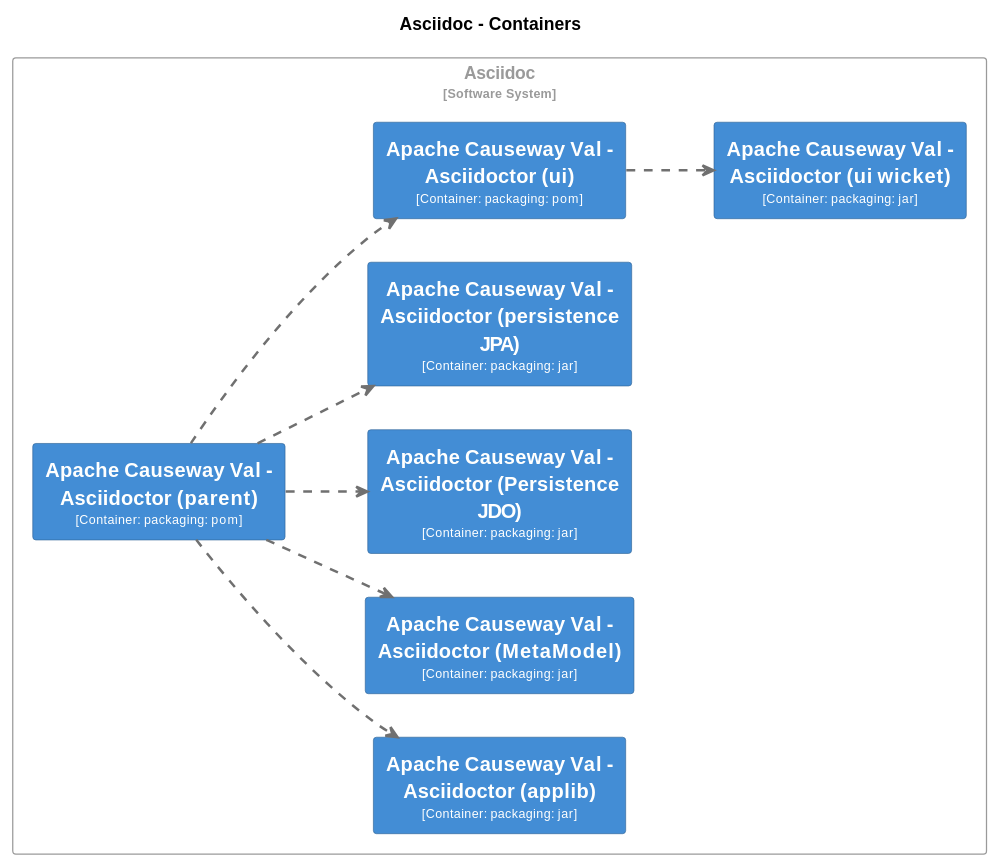
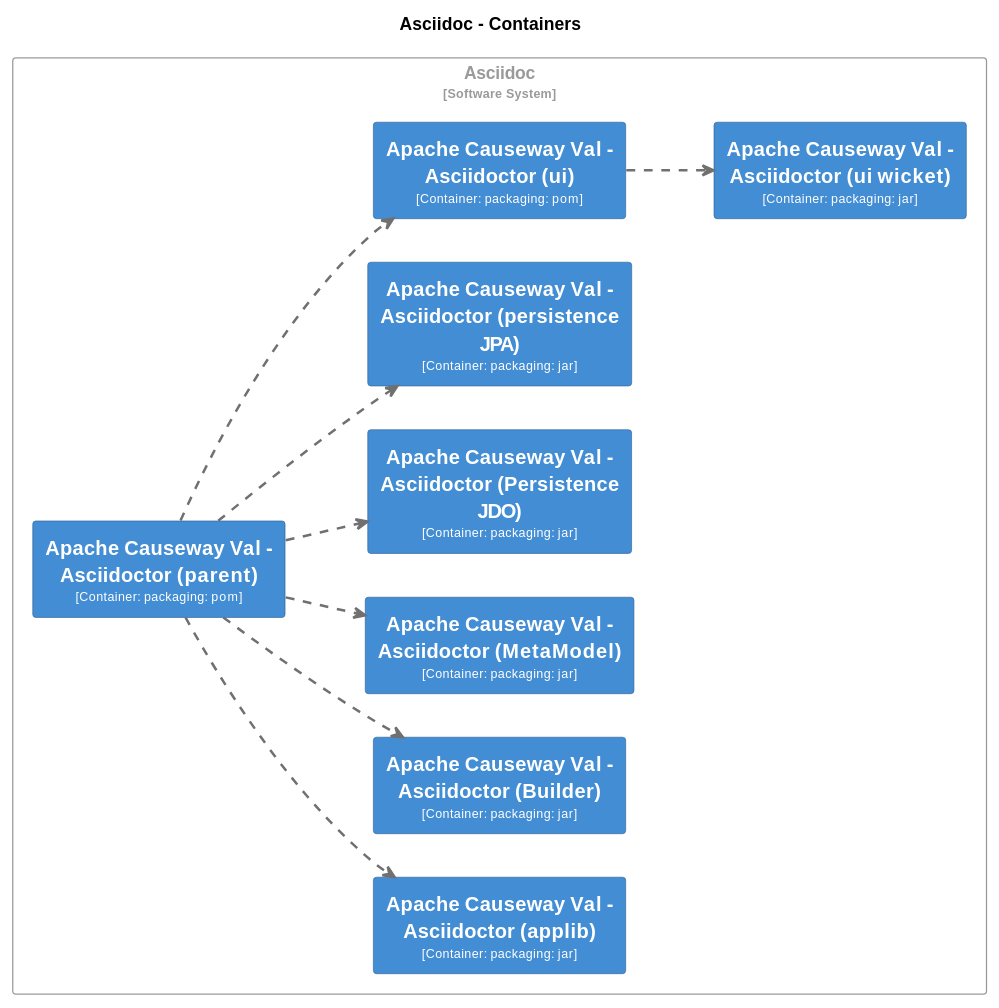
One commit to apache/causeway changed diagram 18 of 33 in core/adoc/modules/_overview/pages/about.adoc. Above: the diagram before and after it, drawn with PlantUML. The commit also changed other lines of this file and 58 other files, not shown here.

```diff
--- a/core/adoc/modules/_overview/pages/about.adoc
+++ b/core/adoc/modules/_overview/pages/about.adoc
@@ -3112,6 +3119,12 @@
 
 hide stereotype
 
+skinparam rectangle<<Asciidoc.ApacheCausewayValAsciidoctorBuilder>> {
+  BackgroundColor #438dd5
+  FontColor #fffffe
+  BorderColor #2e6295
+  shadowing false
+}
 skinparam rectangle<<Asciidoc.ApacheCausewayValAsciidoctorMetaModel>> {
   BackgroundColor #438dd5
   FontColor #fffffe
@@ -3163,6 +3176,7 @@
 rectangle "Asciidoc\n<size:10>[Software System]</size>" <<Asciidoc>> {
   rectangle "==Apache Causeway Val - Asciidoctor (parent)\n<size:10>[Container: packaging: pom]</size>" <<Asciidoc.ApacheCausewayValAsciidoctorparent>> as Asciidoc.ApacheCausewayValAsciidoctorparent
   rectangle "==Apache Causeway Val - Asciidoctor (applib)\n<size:10>[Container: packaging: jar]</size>" <<Asciidoc.ApacheCausewayValAsciidoctorapplib>> as Asciidoc.ApacheCausewayValAsciidoctorapplib
+  rectangle "==Apache Causeway Val - Asciidoctor (Builder)\n<size:10>[Container: packaging: jar]</size>" <<Asciidoc.ApacheCausewayValAsciidoctorBuilder>> as Asciidoc.ApacheCausewayValAsciidoctorBuilder
   rectangle "==Apache Causeway Val - Asciidoctor (MetaModel)\n<size:10>[Container: packaging: jar]</size>" <<Asciidoc.ApacheCausewayValAsciidoctorMetaModel>> as Asciidoc.ApacheCausewayValAsciidoctorMetaModel
   rectangle "==Apache Causeway Val - Asciidoctor (Persistence JDO)\n<size:10>[Container: packaging: jar]</size>" <<Asciidoc.ApacheCausewayValAsciidoctorPersistenceJDO>> as Asciidoc.ApacheCausewayValAsciidoctorPersistenceJDO
   rectangle "==Apache Causeway Val - Asciidoctor (persistence JPA)\n<size:10>[Container: packaging: jar]</size>" <<Asciidoc.ApacheCausewayValAsciidoctorpersistenceJPA>> as Asciidoc.ApacheCausewayValAsciidoctorpersistenceJPA
@@ -3170,11 +3184,12 @@
   rectangle "==Apache Causeway Val - Asciidoctor (ui wicket)\n<size:10>[Container: packaging: jar]</size>" <<Asciidoc.ApacheCausewayValAsciidoctoruiwicket>> as Asciidoc.ApacheCausewayValAsciidoctoruiwicket
 }
 
+Asciidoc.ApacheCausewayValAsciidoctorparent .[#707070,thickness=2].> Asciidoc.ApacheCausewayValAsciidoctorapplib : "<color:#707070>"
+Asciidoc.ApacheCausewayValAsciidoctorparent .[#707070,thickness=2].> Asciidoc.ApacheCausewayValAsciidoctorBuilder : "<color:#707070>"
 Asciidoc.ApacheCausewayValAsciidoctorparent .[#707070,thickness=2].> Asciidoc.ApacheCausewayValAsciidoctorMetaModel : "<color:#707070>"
 Asciidoc.ApacheCausewayValAsciidoctorparent .[#707070,thickness=2].> Asciidoc.ApacheCausewayValAsciidoctorPersistenceJDO : "<color:#707070>"
 Asciidoc.ApacheCausewayValAsciidoctorparent .[#707070,thickness=2].> Asciidoc.ApacheCausewayValAsciidoctorpersistenceJPA : "<color:#707070>"
 Asciidoc.ApacheCausewayValAsciidoctorparent .[#707070,thickness=2].> Asciidoc.ApacheCausewayValAsciidoctorui : "<color:#707070>"
 Asciidoc.ApacheCausewayValAsciidoctorui .[#707070,thickness=2].> Asciidoc.ApacheCausewayValAsciidoctoruiwicket : "<color:#707070>"
-Asciidoc.ApacheCausewayValAsciidoctorparent .[#707070,thickness=2].> Asciidoc.ApacheCausewayValAsciidoctorapplib : "<color:#707070>"
 @enduml
 ----
```
